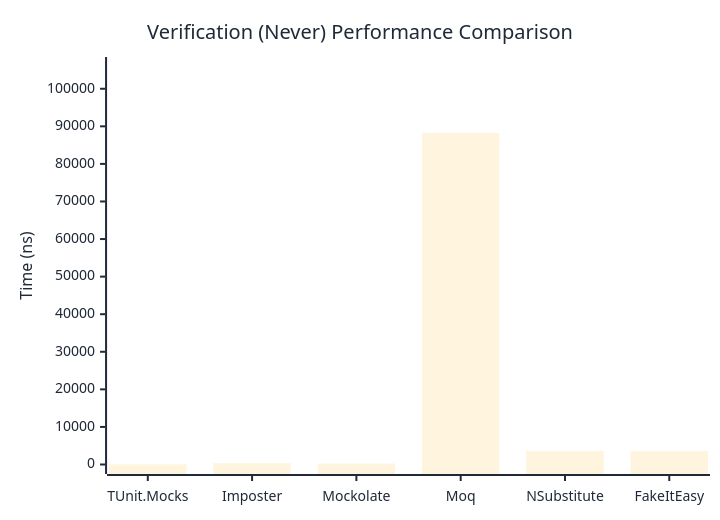
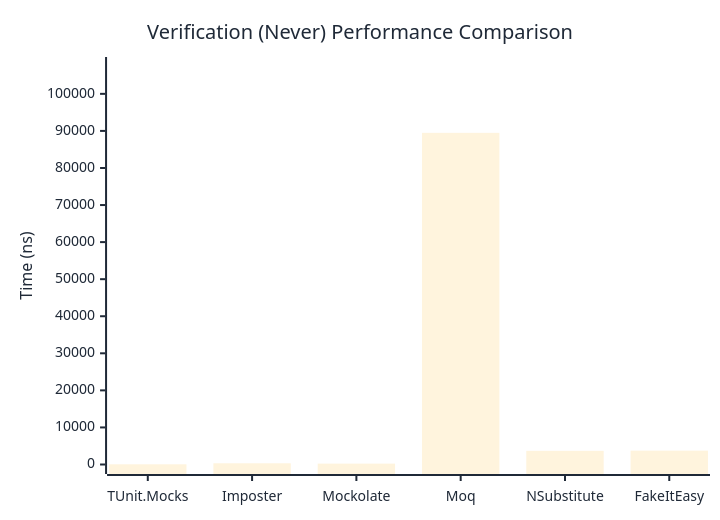
One commit to thomhurst/TUnit changed the second of 3 diagrams in docs/docs/benchmarks/mocks/Verification.md. Above: the diagram before and after it, drawn with Mermaid. The commit also changed other lines of this file and 14 other files, not shown here.

````diff
--- a/docs/docs/benchmarks/mocks/Verification.md
+++ b/docs/docs/benchmarks/mocks/Verification.md
@@ -71,27 +71,27 @@
 ```mermaid
 %%{init: {
   'theme':'base',
   'themeVariables': {
     'primaryColor': '#2563eb',
     'primaryTextColor': '#1f2937',
     'primaryBorderColor': '#1e40af',
     'lineColor': '#6b7280',
     'secondaryColor': '#7c3aed',
     'tertiaryColor': '#dc2626',
     'background': '#ffffff',
     'pie1': '#2563eb',
     'pie2': '#7c3aed',
     'pie3': '#dc2626',
     'pie4': '#f59e0b',
     'pie5': '#10b981',
     'pie6': '#06b6d4',
     'pie7': '#ec4899',
     'pie8': '#6366f1'
   }
 }}%%
 xychart-beta
   title "Verification (Never) Performance Comparison"
   x-axis ["TUnit.Mocks", "Imposter", "Mockolate", "Moq", "NSubstitute", "FakeItEasy"]
-  y-axis "Time (ns)" 0 --> 105922
-  bar [55.16, 326.57, 243.33, 88267.52, 3624.58, 3548.36]
+  y-axis "Time (ns)" 0 --> 107378
+  bar [53.11, 327.5, 238.44, 89481.37, 3686.23, 3739.49]
 ```
````
